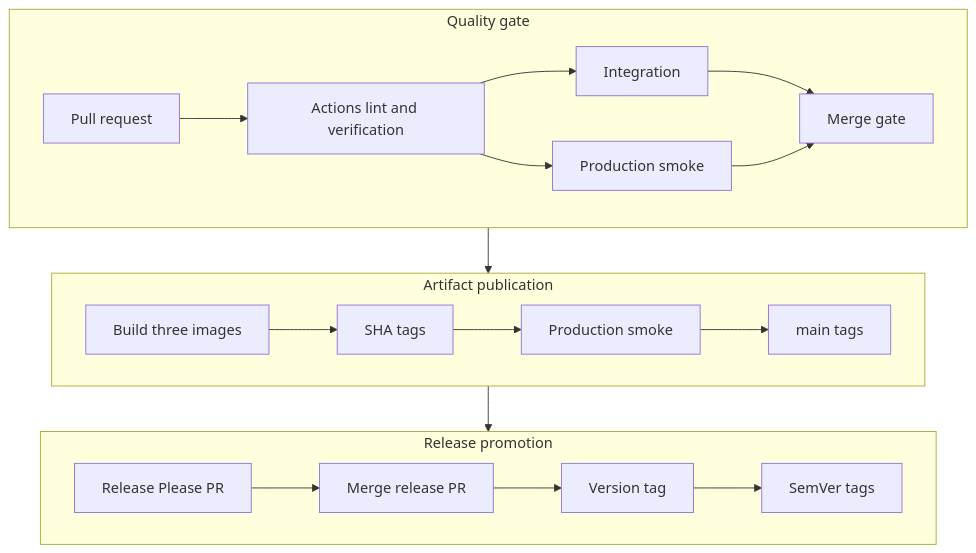
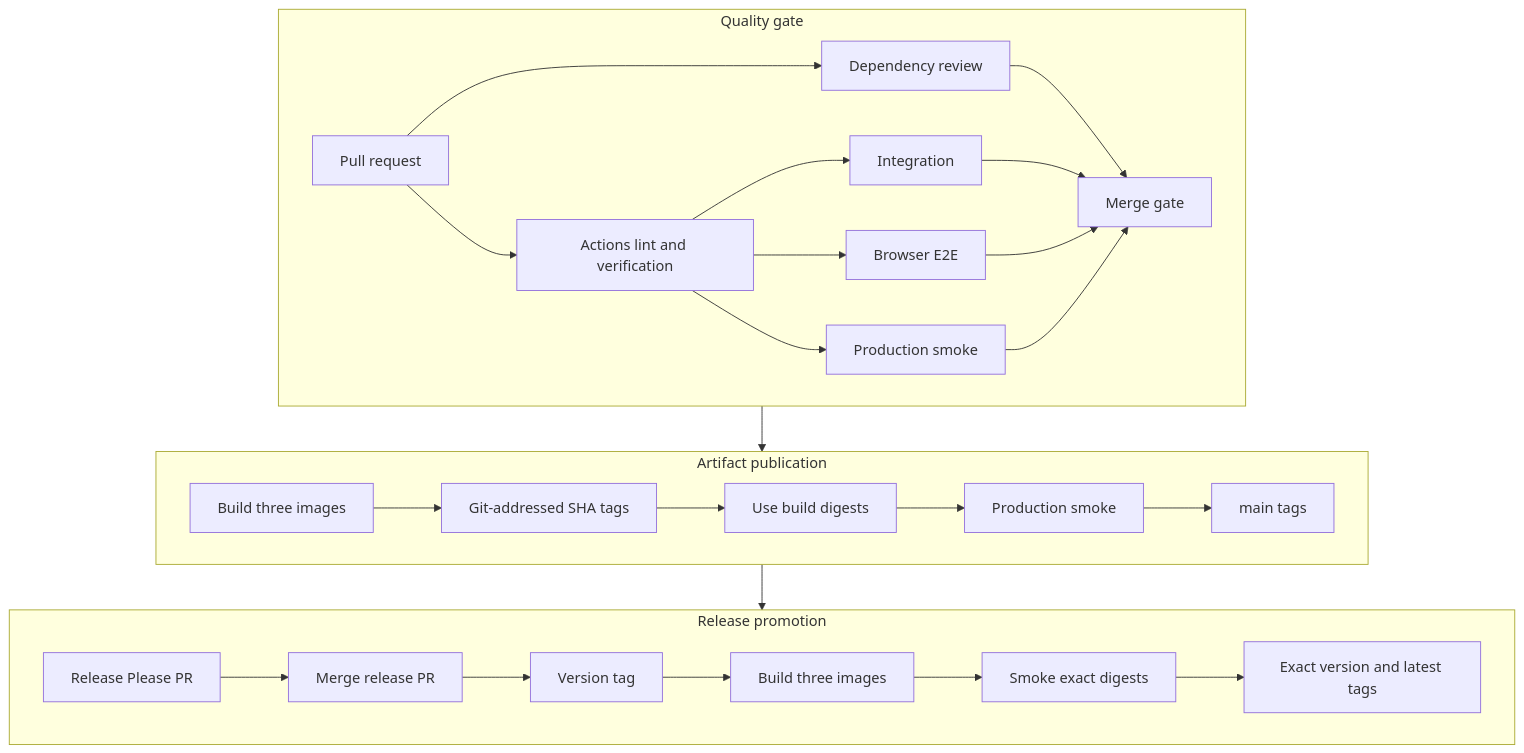
Before and after one commit to jakobzagar/Fit-Track: the diagram in docs/release-process.md, drawn with Mermaid. The commit also changed other lines of this file and 252 other files, not shown here.

````diff
--- a/docs/release-process.md
+++ b/docs/release-process.md
@@ -7,28 +13,35 @@
 ```mermaid
 flowchart TB
     subgraph Quality[Quality gate]
         direction LR
         PR[Pull request] --> Checks[Actions lint and verification]
+        PR --> DependencyReview[Dependency review]
         Checks --> Integration[Integration]
+        Checks --> BrowserE2E[Browser E2E]
         Checks --> SourceSmoke[Production smoke]
+        DependencyReview --> Gate
         Integration --> Gate[Merge gate]
+        BrowserE2E --> Gate
         SourceSmoke --> Gate
     end
 
     subgraph Artifacts[Artifact publication]
         direction LR
-        Build[Build three images] --> Sha[SHA tags]
-        Sha --> Smoke[Production smoke]
+        Build[Build three images] --> Sha[Git-addressed SHA tags]
+        Sha --> Digest[Use build digests]
+        Digest --> Smoke[Production smoke]
         Smoke --> Main[main tags]
     end
 
     subgraph Release[Release promotion]
         direction LR
         ReleasePR[Release Please PR] --> Merge[Merge release PR]
         Merge --> Tag[Version tag]
-        Tag --> SemVer[SemVer tags]
+        Tag --> ReleaseBuild[Build three images]
+        ReleaseBuild --> ReleaseSmoke[Smoke exact digests]
+        ReleaseSmoke --> ReleaseTags[Exact version and latest tags]
     end
 
     Gate --> Build
     Main --> ReleasePR
 ```
````
